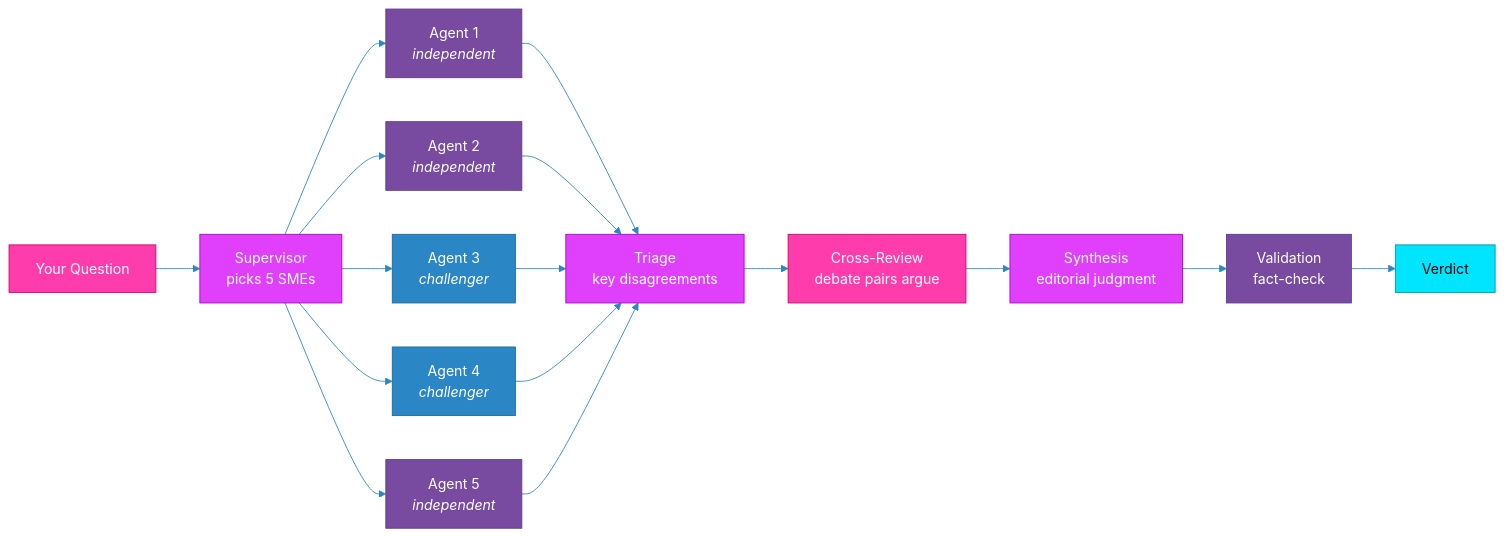
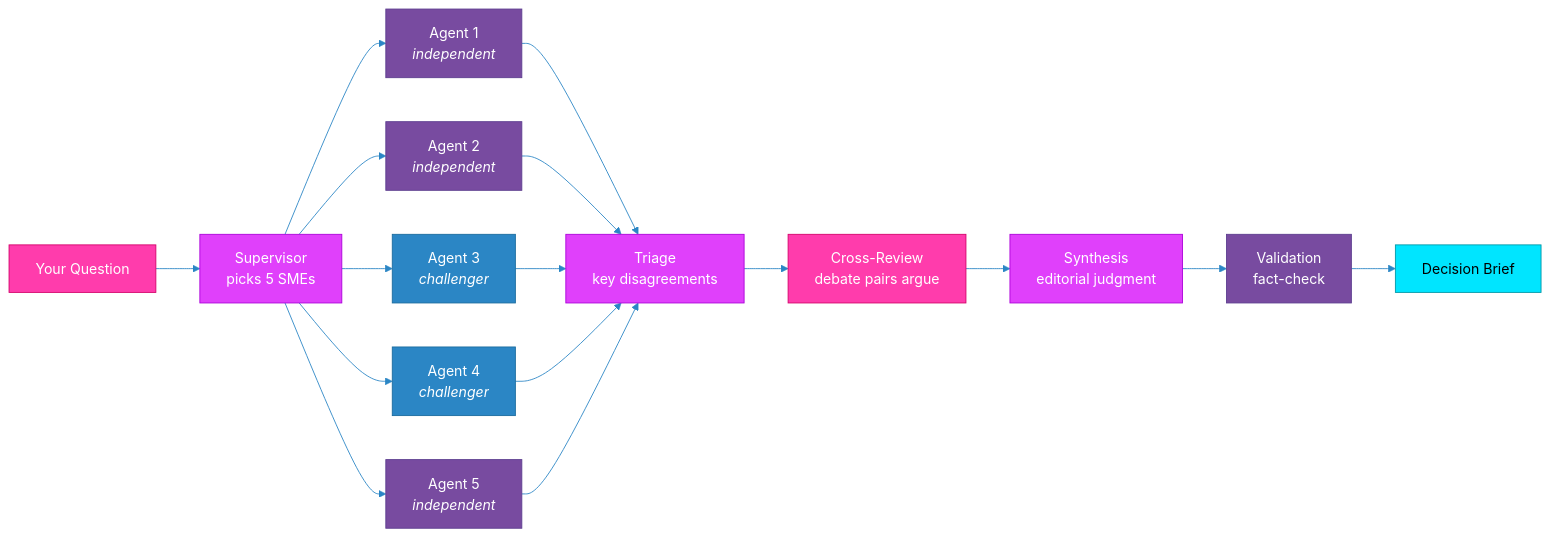
Before and after one commit to qinnovates/quorum: the eighth of 12 diagrams in README.md, drawn with Mermaid. The commit also changed other lines of this file and 16 other files, not shown here.

````diff
--- a/README.md
+++ b/README.md
@@ -480,28 +556,28 @@
 ```mermaid
 %%{init: {'theme': 'base', 'themeVariables': {'primaryColor': '#FF3CAC', 'primaryTextColor': '#fff', 'primaryBorderColor': '#D4006A', 'secondaryColor': '#E040FB', 'secondaryTextColor': '#fff', 'secondaryBorderColor': '#AB00D9', 'tertiaryColor': '#784BA0', 'tertiaryTextColor': '#fff', 'tertiaryBorderColor': '#5C3D8F', 'lineColor': '#2B86C5', 'background': '#0d1117'}}}%%
 graph LR
     A["Your Question"] --> B["Supervisor<br/>picks 5 SMEs"]
     B --> C1["Agent 1<br/><i>independent</i>"]
     B --> C2["Agent 2<br/><i>independent</i>"]
     B --> C3["Agent 3<br/><i>challenger</i>"]
     B --> C4["Agent 4<br/><i>challenger</i>"]
     B --> C5["Agent 5<br/><i>independent</i>"]
     C1 & C2 & C3 & C4 & C5 --> D["Triage<br/>key disagreements"]
     D --> E["Cross-Review<br/>debate pairs argue"]
     E --> F["Synthesis<br/>editorial judgment"]
     F --> G["Validation<br/>fact-check"]
-    G --> H["Verdict"]
+    G --> H["Decision Brief"]
 
     style A fill:#FF3CAC,stroke:#D4006A,color:#fff
     style B fill:#E040FB,stroke:#AB00D9,color:#fff
     style C1 fill:#784BA0,stroke:#5C3D8F,color:#fff
     style C2 fill:#784BA0,stroke:#5C3D8F,color:#fff
     style C3 fill:#2B86C5,stroke:#1A6B9E,color:#fff
     style C4 fill:#2B86C5,stroke:#1A6B9E,color:#fff
     style C5 fill:#784BA0,stroke:#5C3D8F,color:#fff
     style D fill:#E040FB,stroke:#AB00D9,color:#fff
     style E fill:#FF3CAC,stroke:#D4006A,color:#fff
     style F fill:#E040FB,stroke:#AB00D9,color:#fff
     style G fill:#784BA0,stroke:#5C3D8F,color:#fff
     style H fill:#00E5FF,stroke:#0097A7,color:#000
 ```
````
